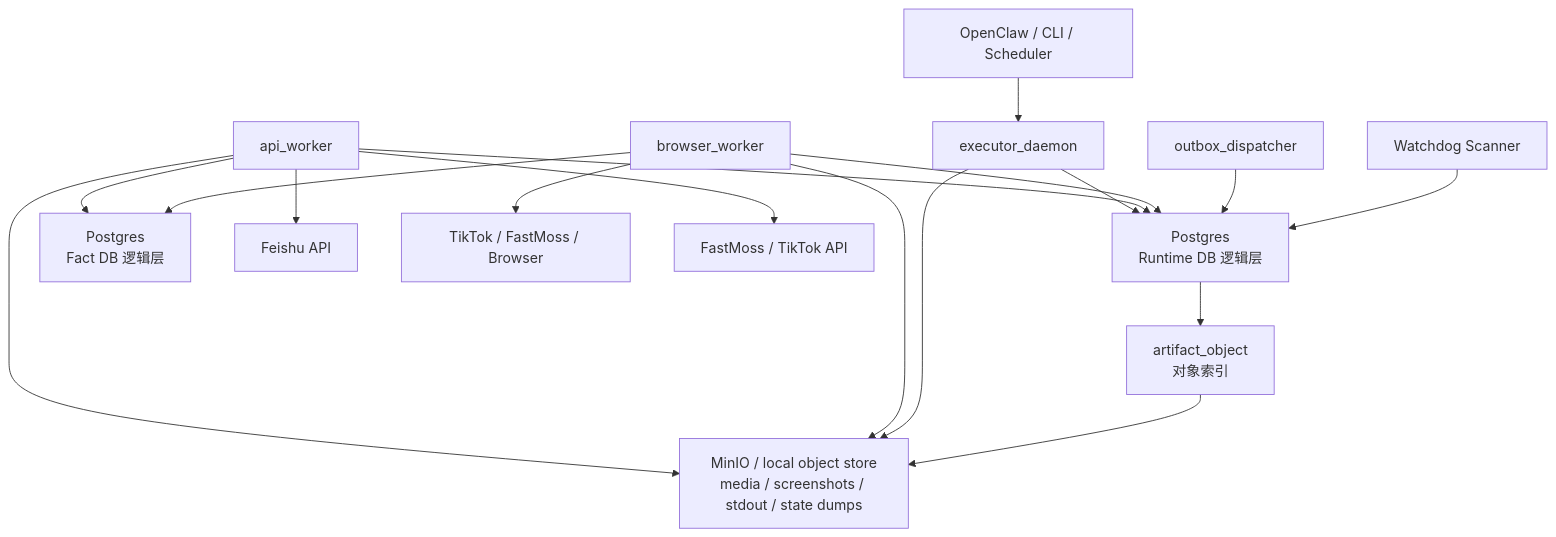
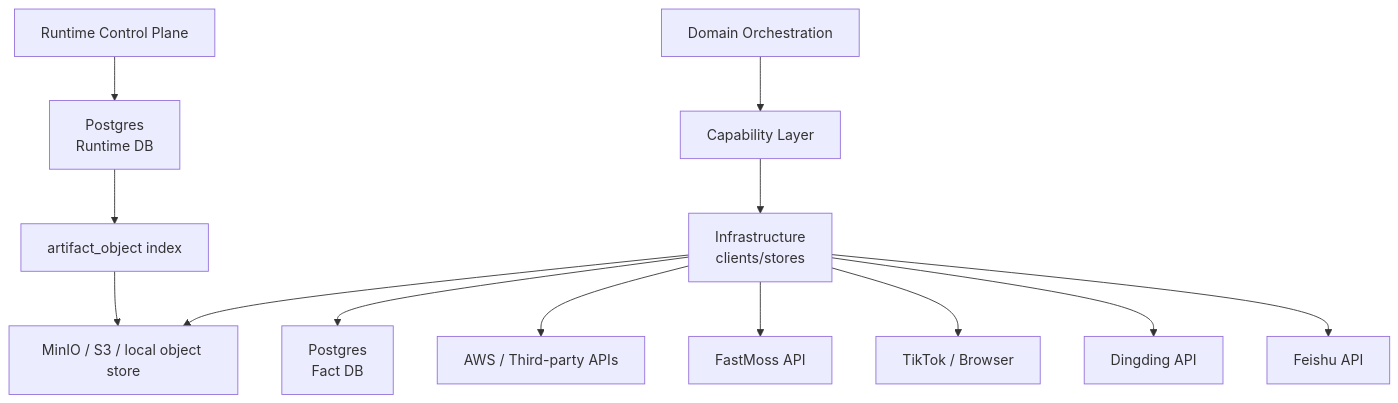
One commit to knighterrantsky/mujitask changed the second of 6 diagrams in docs/arch/current-system-architecture-design.md. Above: the diagram before and after it, drawn with Mermaid. The commit also changed other lines of this file and 49 other files, not shown here.

Commit message:
Add layered architecture contracts

````diff
--- a/docs/arch/current-system-architecture-design.md
+++ b/docs/arch/current-system-architecture-design.md
@@ -122,24 +268,17 @@
 ```mermaid
 flowchart TD
-    A["OpenClaw / CLI / Scheduler"] --> B["executor_daemon"]
+    CP["Runtime Control Plane"] --> RDB["Postgres<br/>Runtime DB"]
+    Domain["Domain Orchestration"] --> Cap["Capability Layer"]
+    Cap --> Infra["Infrastructure<br/>clients/stores"]
 
-    B --> C["Postgres<br/>Runtime DB 逻辑层"]
-    D["api_worker"] --> C
-    E["browser_worker"] --> C
-    F["outbox_dispatcher"] --> C
-    G["Watchdog Scanner"] --> C
+    Infra --> Feishu["Feishu API"]
+    Infra --> Dingding["Dingding API"]
+    Infra --> TikTok["TikTok / Browser"]
+    Infra --> FastMoss["FastMoss API"]
+    Infra --> AWS["AWS / Third-party APIs"]
+    Infra --> FDB["Postgres<br/>Fact DB"]
+    Infra --> Obj["MinIO / S3 / local object store"]
 
-    D --> H["Postgres<br/>Fact DB 逻辑层"]
-    E --> H
-
-    D --> I["MinIO / local object store<br/>media / screenshots / stdout / state dumps"]
-    E --> I
-    B --> I
-
-    C --> J["artifact_object<br/>对象索引"]
-    J --> I
-
-    D --> K["Feishu API"]
-    E --> L["TikTok / FastMoss / Browser"]
-    D --> M["FastMoss / TikTok API"]
+    RDB --> ArtifactIndex["artifact_object index"]
+    ArtifactIndex --> Obj
 ```
````
